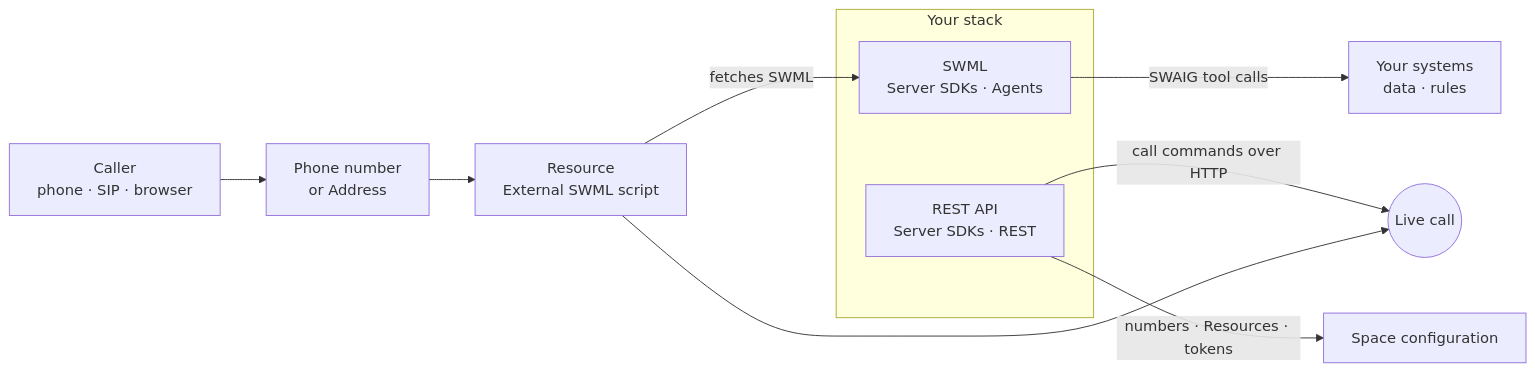
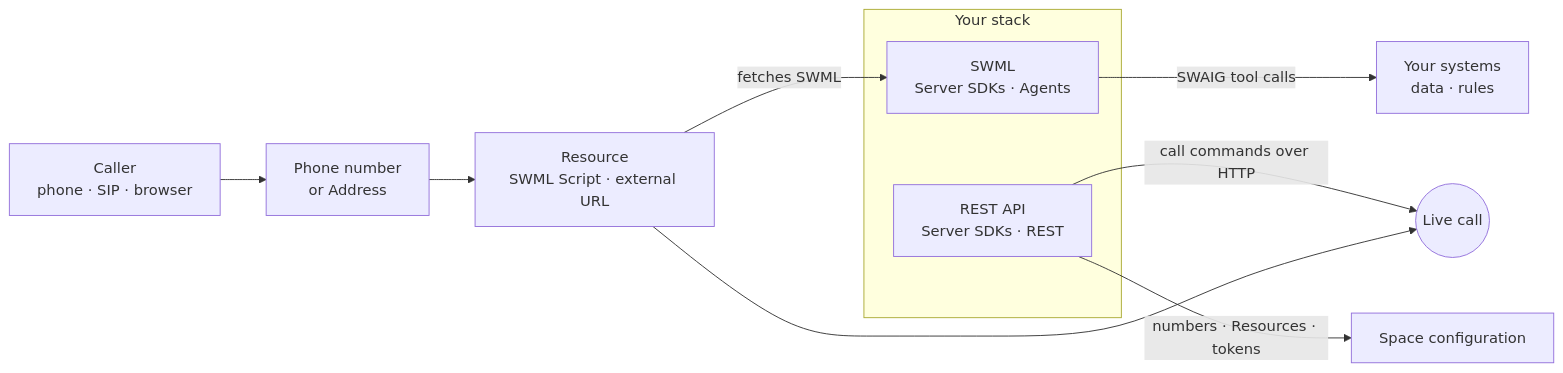
One commit to signalwire/docs changed the diagram in fern/products/platform/pages/platform/call-fabric/pick-a-product.mdx. Above: the diagram before and after it, drawn with Mermaid. The commit also changed other lines of this file and 1 other file, not shown here.

````diff
--- a/fern/products/platform/pages/platform/call-fabric/pick-a-product.mdx
+++ b/fern/products/platform/pages/platform/call-fabric/pick-a-product.mdx
@@ -147,14 +77,14 @@
 ```mermaid
 flowchart LR
     Caller["Caller<br/>phone · SIP · browser"] --> Address["Phone number<br/>or Address"]
-    Address --> Resource["Resource<br/>External SWML script"]
+    Address --> Resource["Resource<br/>SWML Script · external URL"]
     subgraph Stack["Your stack"]
         Agent["SWML<br/>Server SDKs · Agents"]
         Backend["REST API<br/>Server SDKs · REST"]
     end
     Resource -- "fetches SWML" --> Agent
     Agent -- "SWAIG tool calls" --> Systems["Your systems<br/>data · rules"]
     Backend -- "call commands over HTTP" --> Call(("Live call"))
     Resource --> Call
     Backend -- "numbers · Resources · tokens" --> Platform["Space configuration"]
 ```
````
